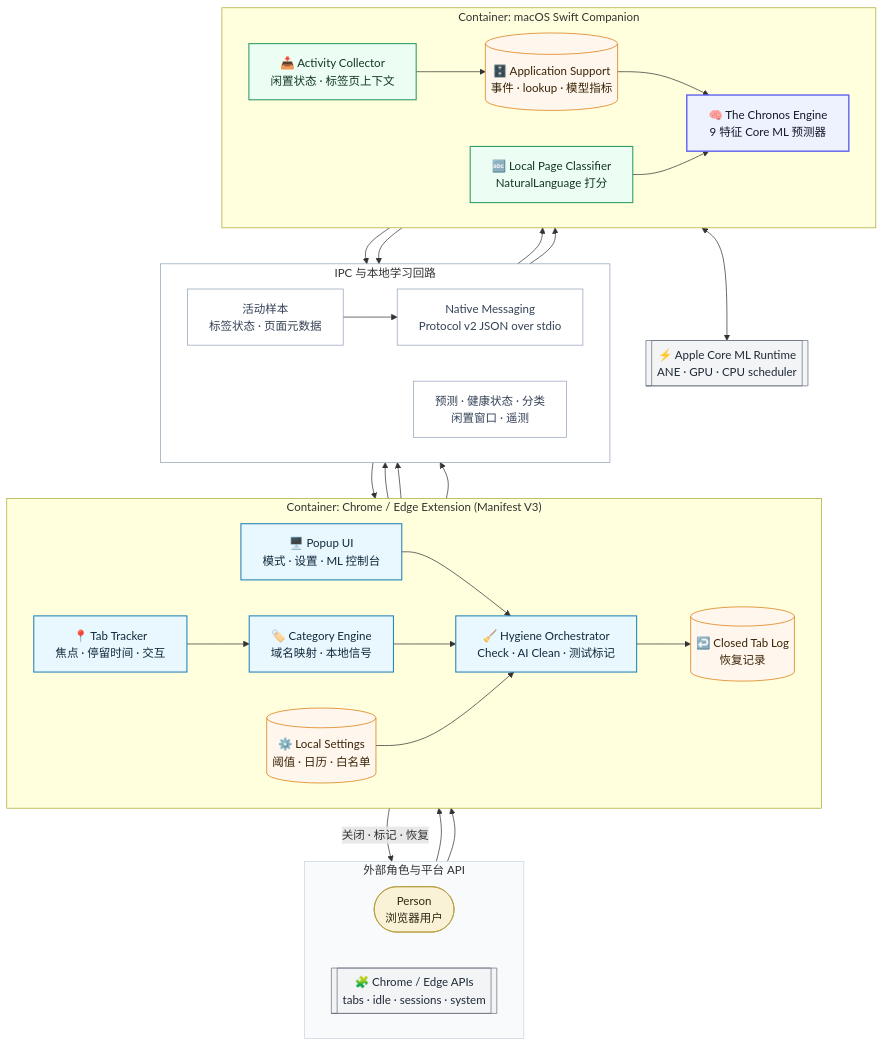
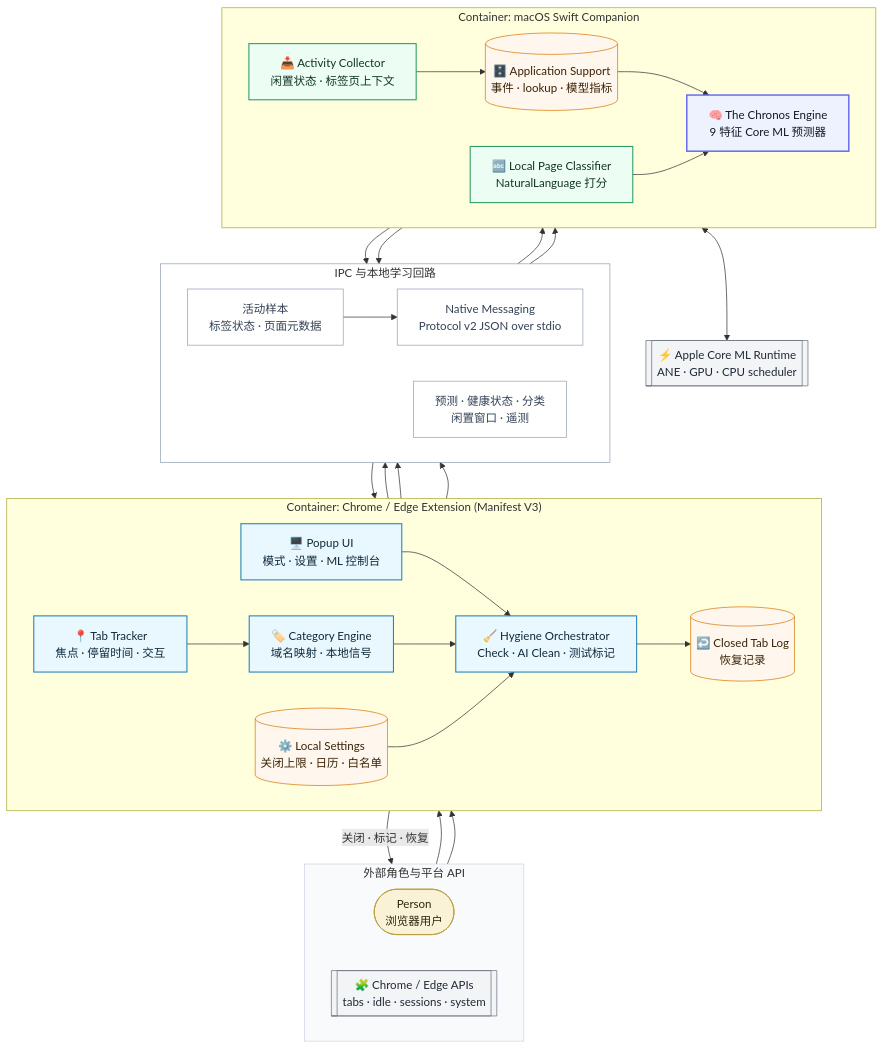
One commit to dubianche123/device-native-tab-hygiene changed the diagram in README_CN.md. Above: the diagram before and after it, drawn with Mermaid. The commit also changed other lines of this file and 7 other files, not shown here.

````diff
--- a/README_CN.md
+++ b/README_CN.md
@@ -25,72 +25,72 @@
 ```mermaid
 flowchart TB
   subgraph actors["外部角色与平台 API"]
     direction LR
     user(["Person<br/>浏览器用户"])
     chrome[["🧩 Chrome / Edge APIs<br/>tabs · idle · sessions · system"]]
   end
 
   subgraph browser["Container: Chrome / Edge Extension (Manifest V3)"]
     direction LR
     popup["🖥️ Popup UI<br/>模式 · 设置 · ML 控制台"]
     tracker["📍 Tab Tracker<br/>焦点 · 停留时间 · 交互"]
     category["🏷️ Category Engine<br/>域名映射 · 本地信号"]
     hygiene["🧹 Hygiene Orchestrator<br/>Check · AI Clean · 测试标记"]
-    settings[("⚙️ Local Settings<br/>阈值 · 日历 · 白名单")]
+    settings[("⚙️ Local Settings<br/>关闭上限 · 日历 · 白名单")]
     closedLog[("↩️ Closed Tab Log<br/>恢复记录")]
   end
 
   subgraph dataflow["IPC 与本地学习回路"]
     direction LR
     sampleBus["活动样本<br/>标签状态 · 页面元数据"]
     nativeBus["Native Messaging<br/>Protocol v2 JSON over stdio"]
     resultBus["预测 · 健康状态 · 分类<br/>闲置窗口 · 遥测"]
   end
 
   subgraph native["Container: macOS Swift Companion"]
     direction LR
     collector["📥 Activity Collector<br/>闲置状态 · 标签页上下文"]
     classifier["🔤 Local Page Classifier<br/>NaturalLanguage 打分"]
     predictor["🧠 The Chronos Engine<br/>9 特征 Core ML 预测器"]
     artifacts[("🗄️ Application Support<br/>事件 · lookup · 模型指标")]
   end
 
   coreml[["⚡ Apple Core ML Runtime<br/>ANE · GPU · CPU scheduler"]]
 
   user --> popup
   chrome --> tracker
   popup --> hygiene
   tracker --> category --> hygiene
   settings --> hygiene
   hygiene -->|"关闭 · 标记 · 恢复"| chrome
   hygiene --> closedLog
   tracker --> sampleBus
   category --> sampleBus
   sampleBus --> nativeBus --> collector
   category --> nativeBus --> classifier
   collector --> artifacts
   artifacts --> predictor
   classifier --> predictor
   predictor <--> coreml
   predictor --> resultBus --> popup
   classifier --> resultBus
 
   style actors fill:#f8fafc,stroke:#cbd5e1,stroke-width:1px
   style dataflow fill:none,stroke:#94a3b8,stroke-width:1px
 
   classDef person fill:#f9f2d7,stroke:#b59b3b,color:#2f2611,stroke-width:1px
   classDef browser fill:#e9f7ff,stroke:#2684b8,color:#102a3a,stroke-width:1.5px
   classDef native fill:#ecfdf3,stroke:#2f9d66,color:#123522,stroke-width:1.5px
   classDef ml fill:#eef2ff,stroke:#6366f1,color:#111827,stroke-width:2px
   classDef data fill:#fff7ed,stroke:#d97706,color:#3a2206,stroke-width:1px
   classDef bus fill:none,stroke:#94a3b8,color:#334155,stroke-width:1px
   classDef external fill:#f3f4f6,stroke:#6b7280,color:#1f2937,stroke-width:1px
 
   class user person
   class popup,tracker,category,hygiene browser
   class collector,classifier native
   class predictor ml
   class closedLog,settings,artifacts data
   class sampleBus,nativeBus,resultBus bus
   class coreml,chrome external
 ```
````
